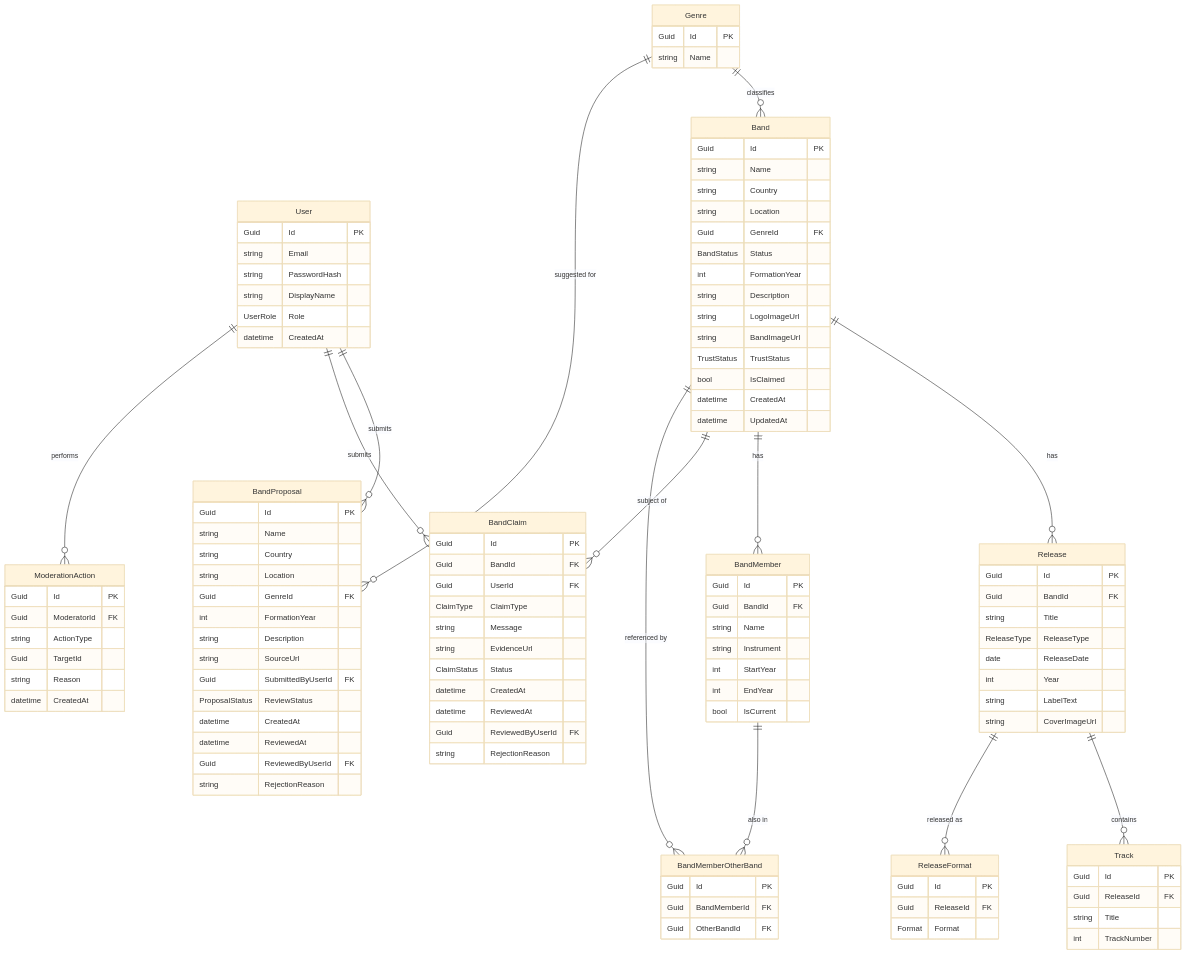
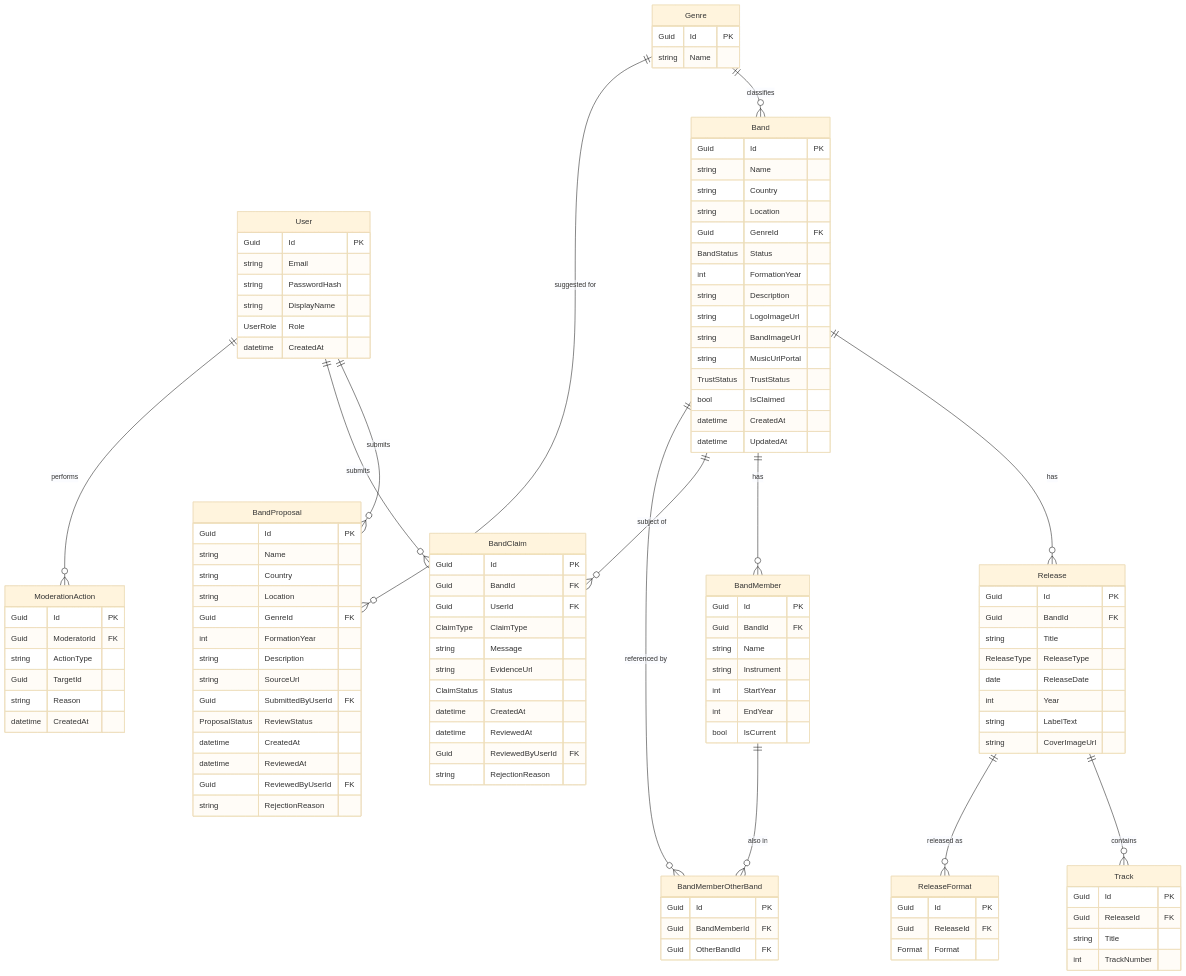
One commit to Camposgrind/diy-music-community changed the diagram in docs/technical/erd.md. Above: the diagram before and after it, drawn with Mermaid (base theme). The commit also changed 5 other files, not shown here.

Commit message:
NEw field musicUrlPortal added to band entity

```diff
--- a/docs/technical/erd.md
+++ b/docs/technical/erd.md
@@ -27,6 +27,7 @@
 		string Description
 		string LogoImageUrl
 		string BandImageUrl
+		string MusicUrlPortal
 		TrustStatus TrustStatus
 		bool IsClaimed
 		datetime CreatedAt
```
